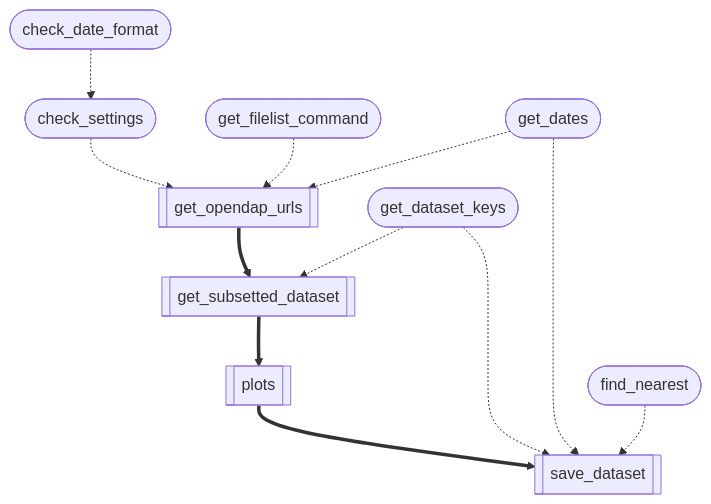
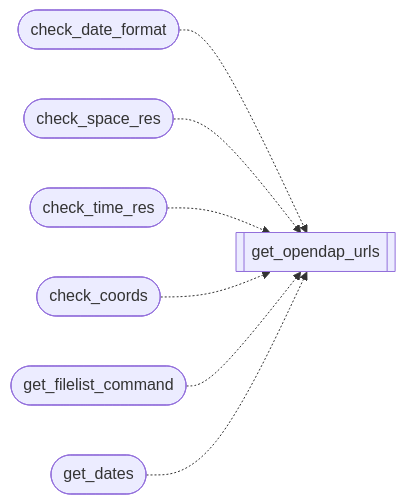
Before and after one commit to apkrelling/modisdatafetcher: the first of 3 diagrams in code_flow.md, drawn with Mermaid. The commit also changed other lines of this file, not shown here.

Commit message:
update code flow

````diff
--- a/code_flow.md
+++ b/code_flow.md
@@ -1,16 +1,11 @@
 ```mermaid
-flowchart TD
-A[[get_opendap_urls]] ==> B[[get_subsetted_dataset]]
-I([check_settings]) -.-> A
-J([check_date_format]) -.-> I
+flowchart LR
+A[[get_opendap_urls]]
+I([check_date_format]) -.-> A
+L([check_space_res]) -.-> A
+M([check_time_res]) -.-> A
+N([check_coords]) -.-> A
 K([get_filelist_command]) -.-> A
-G -.-> A
-
-C([get_dataset_keys]) -.-> B
-B ==> D[[plots]]
-D ==> E[[save_dataset]]
-C -.-> E
-G([get_dates]) -.-> E
-H([find_nearest]) -.-> E
+G([get_dates]) -.-> A
 
 ```
````
